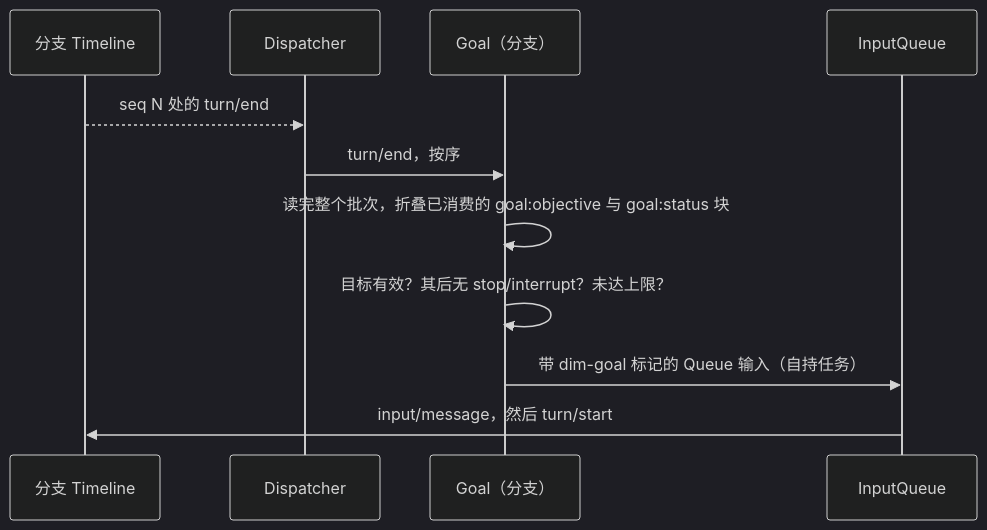
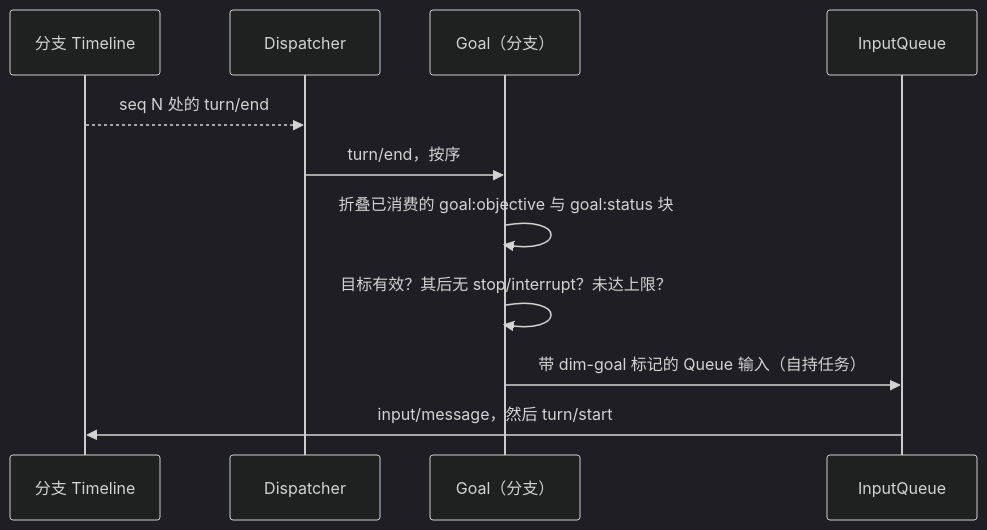
The fourth of 8 diagrams in docs/zh/design/overview.md (CoutinhoTTS/dim-agent), drawn with Mermaid (dark theme) before and after one commit. The commit also changed other lines of this file and 9 other files, not shown here.

````diff
--- a/docs/zh/design/overview.md
+++ b/docs/zh/design/overview.md
@@ -216,13 +216,13 @@
 ```mermaid
 sequenceDiagram
   participant TL as 分支 Timeline
   participant D as Dispatcher
   participant G as Goal（分支）
   participant IQ as InputQueue
   TL-->>D: seq N 处的 turn/end
   D->>G: turn/end，按序
-  G->>G: 读完整个批次，折叠已消费的 goal:objective 与 goal:status 块
+  G->>G: 折叠已消费的 goal:objective 与 goal:status 块
   G->>G: 目标有效？其后无 stop/interrupt？未达上限？
   G->>IQ: 带 dim-goal 标记的 Queue 输入（自持任务）
   IQ->>TL: input/message，然后 turn/start
 ```
````
